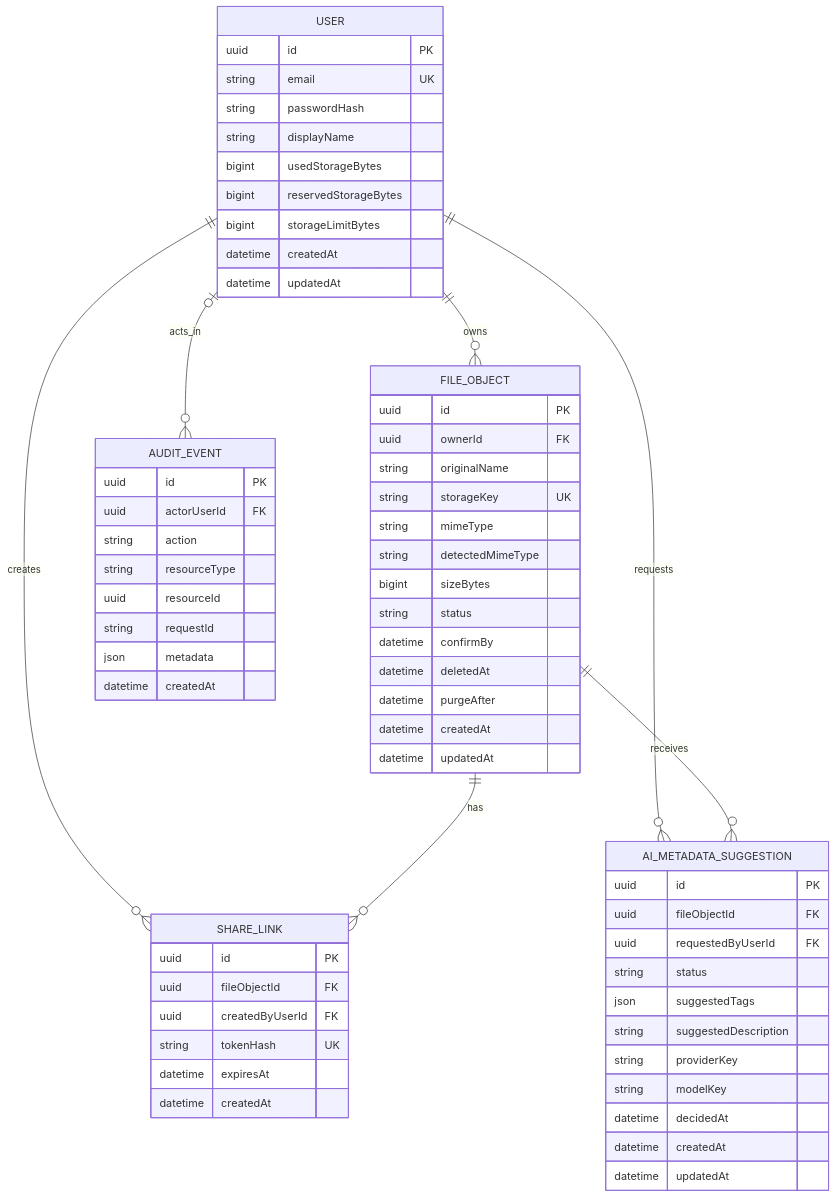
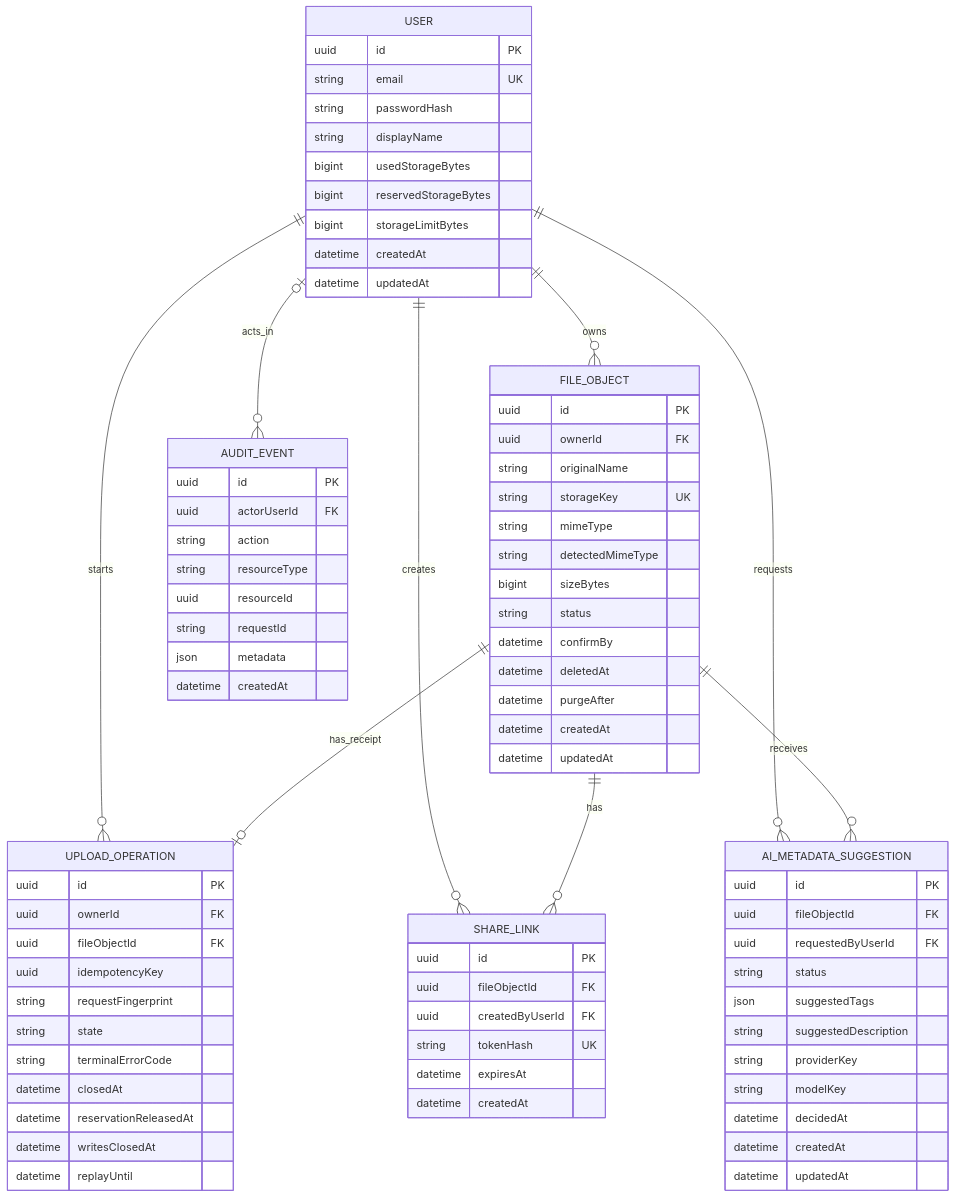
The first of 3 diagrams in docs/03_design/data_model.md (ngymarcy88/adattarolas-a-felhoben), drawn with Mermaid before and after one commit. The commit also changed other lines of this file and 7 other files, not shown here.

Commit message:
docs: define initial upload operation data model

````diff
--- a/docs/03_design/data_model.md
+++ b/docs/03_design/data_model.md
@@ -35,6 +104,8 @@
 ```mermaid
 erDiagram
     USER ||--o{ FILE_OBJECT : owns
+    USER ||--o{ UPLOAD_OPERATION : starts
+    FILE_OBJECT ||--o| UPLOAD_OPERATION : has_receipt
     USER ||--o{ SHARE_LINK : creates
     USER o|--o{ AUDIT_EVENT : acts_in
     USER ||--o{ AI_METADATA_SUGGESTION : requests
@@ -67,6 +138,20 @@
         datetime purgeAfter
         datetime createdAt
         datetime updatedAt
+    }
+
+    UPLOAD_OPERATION {
+        uuid id PK
+        uuid ownerId FK
+        uuid fileObjectId FK
+        uuid idempotencyKey
+        string requestFingerprint
+        string state
+        string terminalErrorCode
+        datetime closedAt
+        datetime reservationReleasedAt
+        datetime writesClosedAt
+        datetime replayUntil
     }
 
     SHARE_LINK {
````
